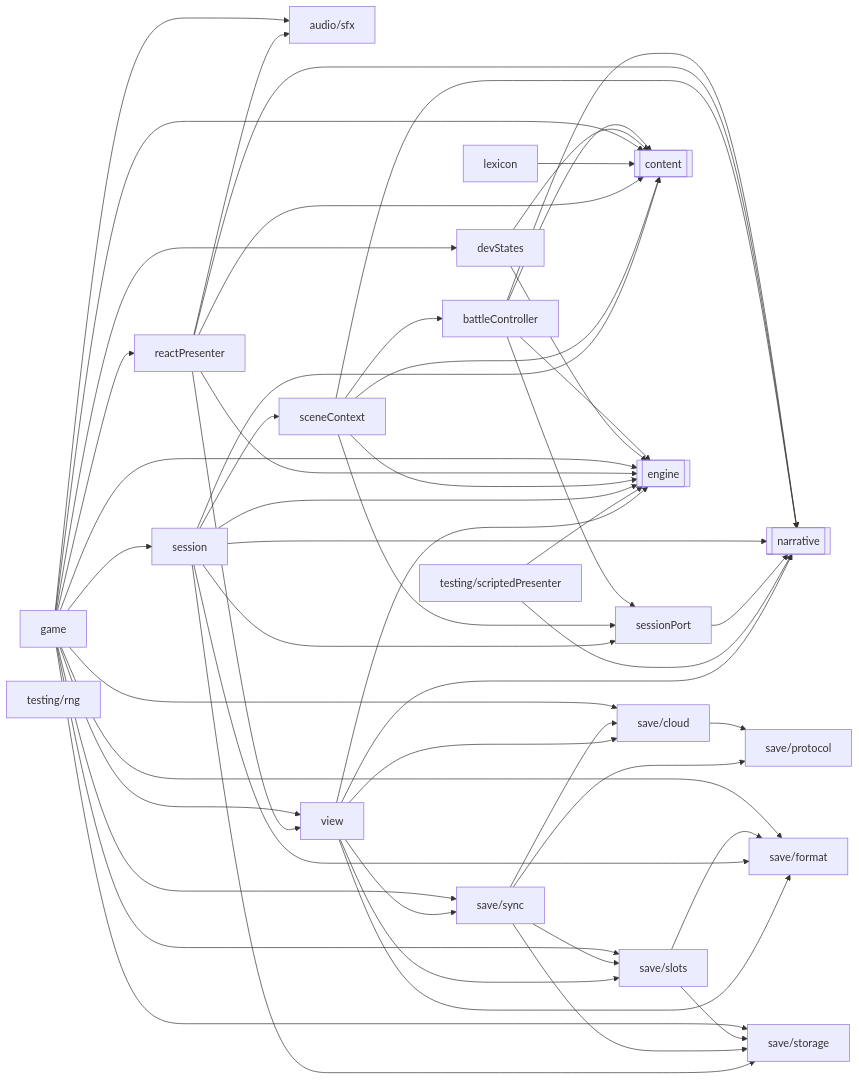
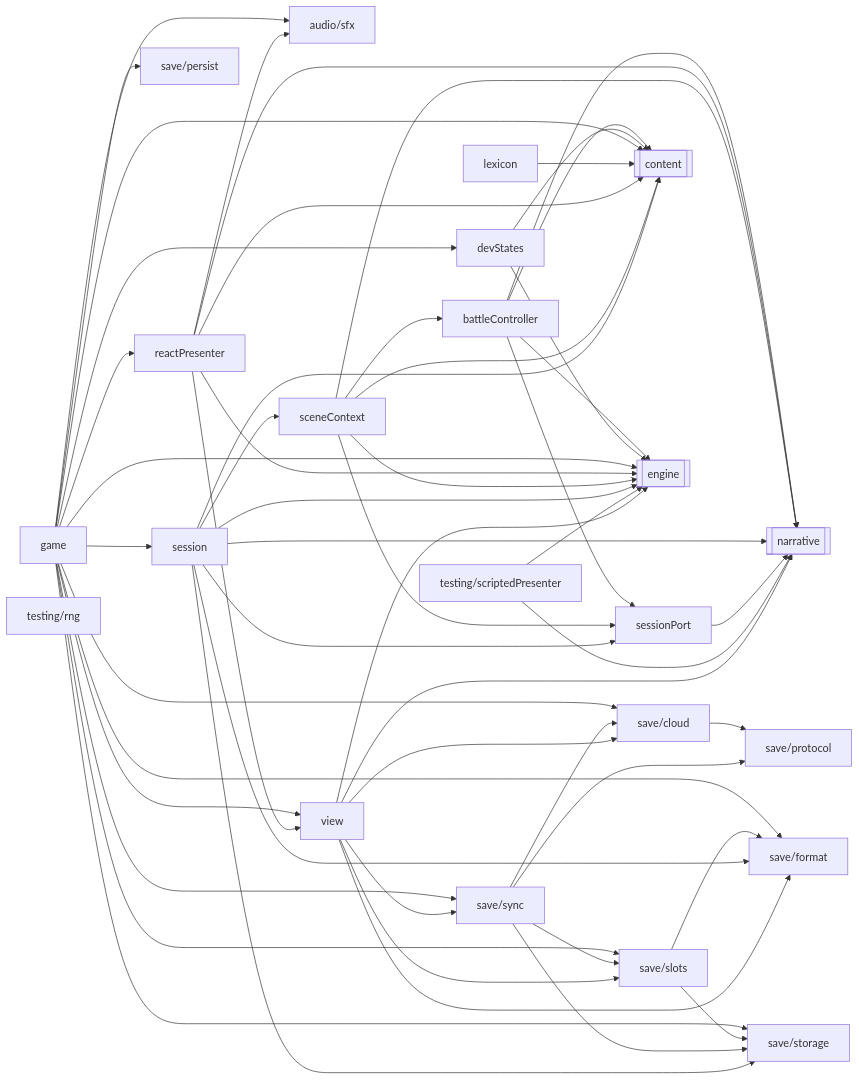
The diagram in docs/reference/code-map/app.md (OrangeB0lt/Cyber-funk), drawn with Mermaid before and after one commit. The commit also changed other lines of this file and 33 other files, not shown here.

````diff
--- a/docs/reference/code-map/app.md
+++ b/docs/reference/code-map/app.md
@@ -11,76 +11,78 @@
 ```mermaid
 flowchart LR
   n_audio_sfx["audio/sfx"]
   n_battleController["battleController"]
   n_devStates["devStates"]
   n_game["game"]
   n_lexicon["lexicon"]
   n_reactPresenter["reactPresenter"]
   n_save_cloud["save/cloud"]
   n_save_format["save/format"]
+  n_save_persist["save/persist"]
   n_save_protocol["save/protocol"]
   n_save_slots["save/slots"]
   n_save_storage["save/storage"]
   n_save_sync["save/sync"]
   n_sceneContext["sceneContext"]
   n_session["session"]
   n_sessionPort["sessionPort"]
   n_testing_rng["testing/rng"]
   n_testing_scriptedPresenter["testing/scriptedPresenter"]
   n_view["view"]
   n_ext_content[["content"]]
   n_ext_engine[["engine"]]
   n_ext_narrative[["narrative"]]
   n_battleController --> n_ext_content
   n_battleController --> n_ext_engine
   n_battleController --> n_ext_narrative
   n_battleController --> n_sessionPort
   n_devStates --> n_ext_content
   n_devStates --> n_ext_engine
   n_game --> n_audio_sfx
   n_game --> n_devStates
   n_game --> n_ext_content
   n_game --> n_ext_engine
   n_game --> n_reactPresenter
   n_game --> n_save_cloud
   n_game --> n_save_format
+  n_game --> n_save_persist
   n_game --> n_save_slots
   n_game --> n_save_storage
   n_game --> n_save_sync
   n_game --> n_session
   n_game --> n_view
   n_lexicon --> n_ext_content
   n_reactPresenter --> n_audio_sfx
   n_reactPresenter --> n_ext_content
   n_reactPresenter --> n_ext_engine
   n_reactPresenter --> n_ext_narrative
   n_reactPresenter --> n_view
   n_save_cloud --> n_save_protocol
   n_save_slots --> n_save_format
   n_save_slots --> n_save_storage
   n_save_sync --> n_save_cloud
   n_save_sync --> n_save_protocol
   n_save_sync --> n_save_slots
   n_save_sync --> n_save_storage
   n_sceneContext --> n_battleController
   n_sceneContext --> n_ext_content
   n_sceneContext --> n_ext_engine
   n_sceneContext --> n_ext_narrative
   n_sceneContext --> n_sessionPort
   n_session --> n_ext_content
   n_session --> n_ext_engine
   n_session --> n_ext_narrative
   n_session --> n_save_format
   n_session --> n_save_storage
   n_session --> n_sceneContext
   n_session --> n_sessionPort
   n_sessionPort --> n_ext_narrative
   n_testing_scriptedPresenter --> n_ext_engine
   n_testing_scriptedPresenter --> n_ext_narrative
   n_view --> n_ext_engine
   n_view --> n_ext_narrative
   n_view --> n_save_cloud
   n_view --> n_save_format
   n_view --> n_save_slots
   n_view --> n_save_sync
 ```
````
